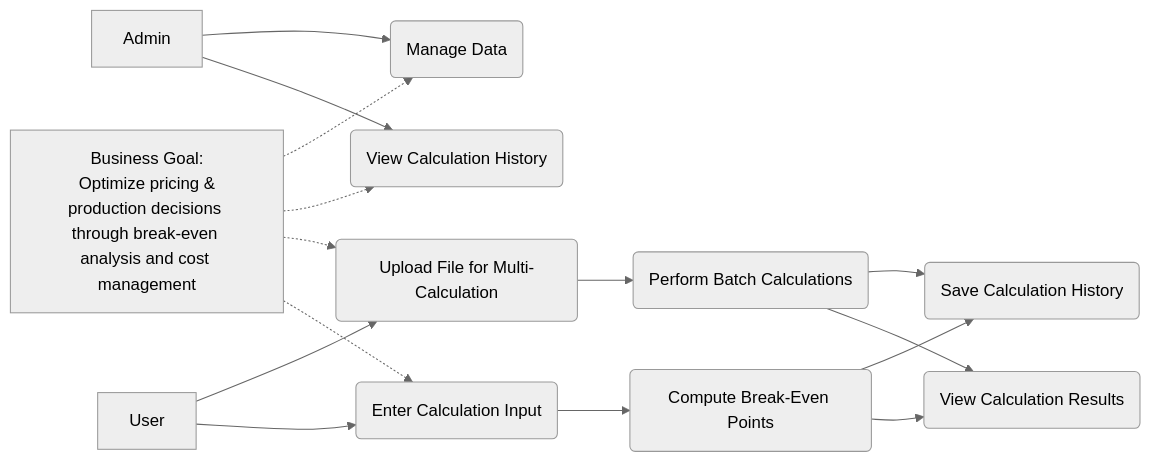
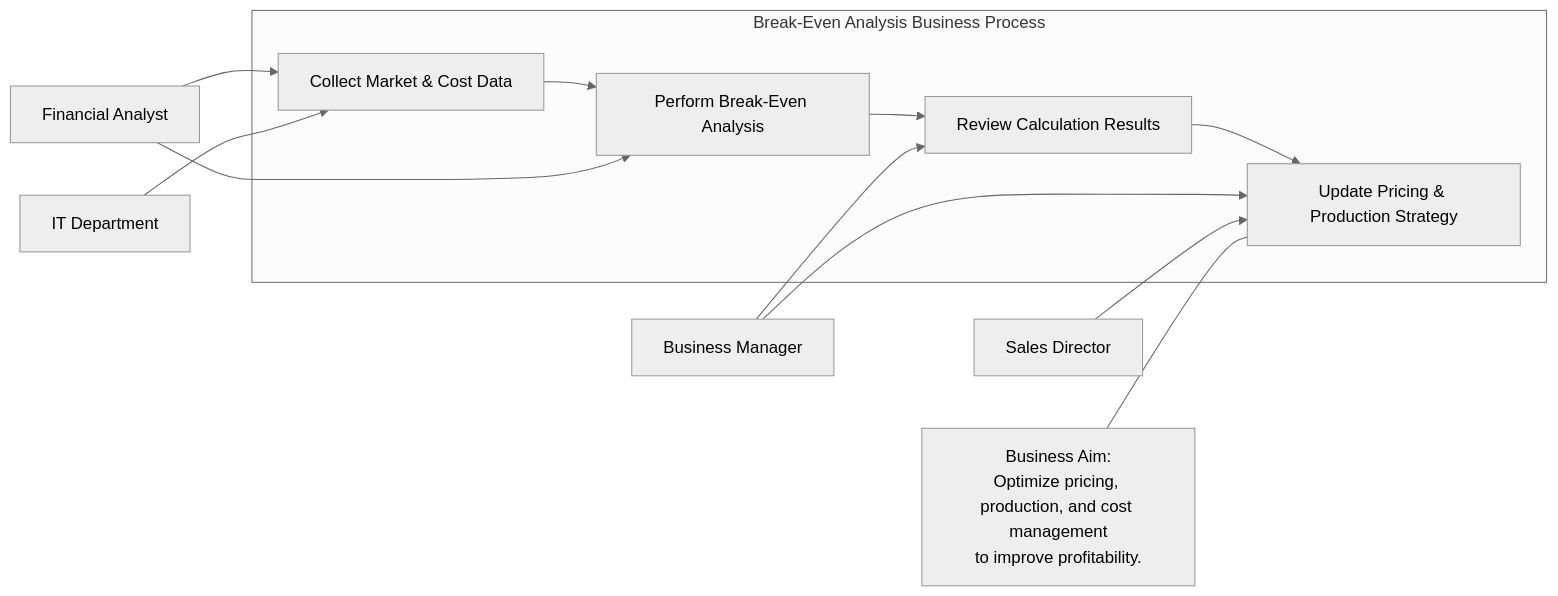
Before and after one commit to Ambassador4ik/proj-diagrams: the diagram in 02-Business-Use-Case/diagram.mermaid, drawn with Mermaid (neutral theme). The commit also changed 1 other file, not shown here.

Commit message:
fix: correct business use-case

```diff
--- a/02-Business-Use-Case/diagram.mermaid
+++ b/02-Business-Use-Case/diagram.mermaid
@@ -1,18 +1,29 @@
-graph LR
-    BA[Business Goal:<br> Optimize pricing & production decisions through break-even analysis and cost management]
-    Admin[Admin] --> G(View Calculation History)
-    Admin --> H(Manage Data)
+flowchart LR
+    %% Actors
+    BM[Business Manager]
+    FA[Financial Analyst]
+    SD[Sales Director]
+    IT[IT Department]
 
-    User[User] --> A(Enter Calculation Input)
-    User --> B(Upload File for Multi-Calculation)
-    A --> C(Compute Break-Even Points)
-    C --> D(View Calculation Results)
-    C --> E(Save Calculation History)
-    B --> F(Perform Batch Calculations)
-    F --> D
-    F --> E
+    %% Business Process (Use Cases)
+    subgraph BP["Break-Even Analysis Business Process"]
+      Data[Collect Market & Cost Data]
+      Analysis[Perform Break-Even Analysis]
+      Review[Review Calculation Results]
+      Strategy[Update Pricing & Production Strategy]
+      Data --> Analysis --> Review --> Strategy
+    end
 
-    BA -.-> A
-    BA -.-> B
-    BA -.-> G
-    BA -.-> H
+    %% Business Aim
+    BA["Business Aim:<br>Optimize pricing, production, and cost management<br>to improve profitability."]
+
+    %% Connections from Actors to Use Cases
+    BM --> Review
+    BM --> Strategy
+    FA --> Data
+    FA --> Analysis
+    SD --> Strategy
+    IT --> Data
+
+    %% Linking Business Aim to the process
+    BA --- Strategy
```
